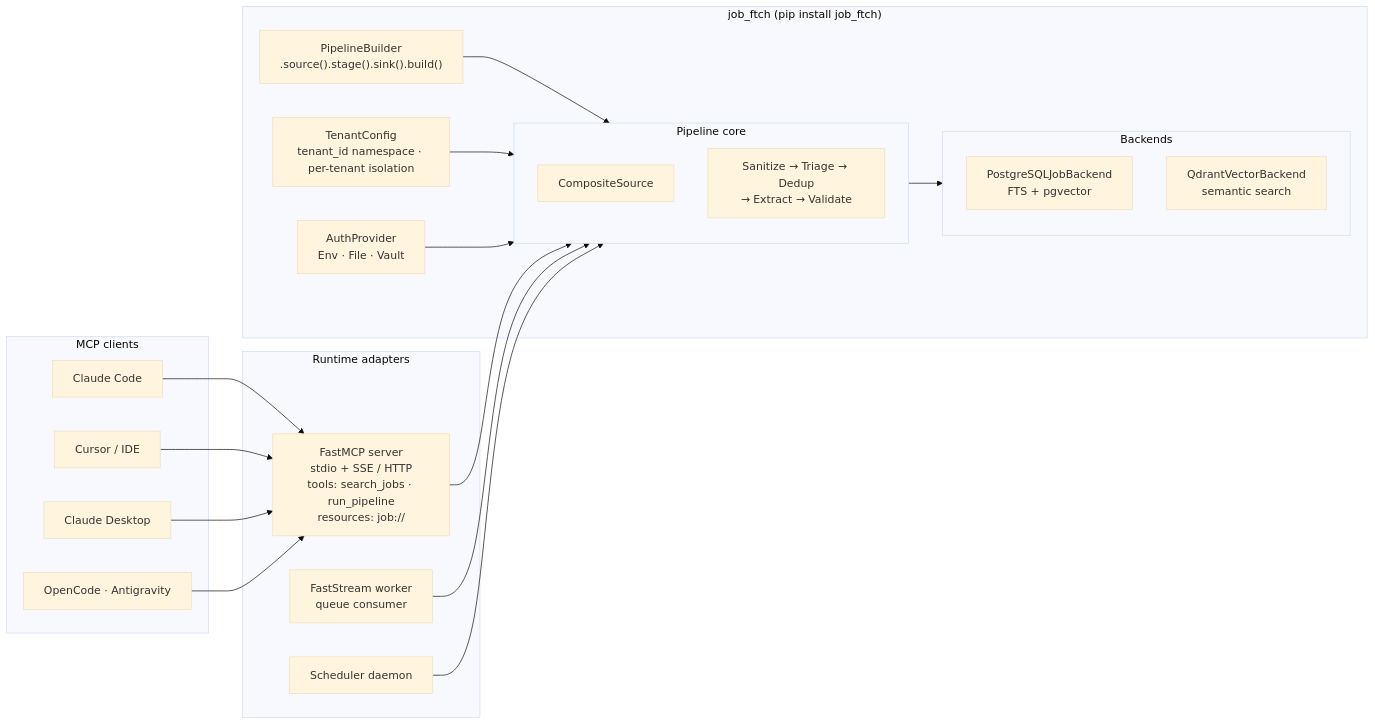
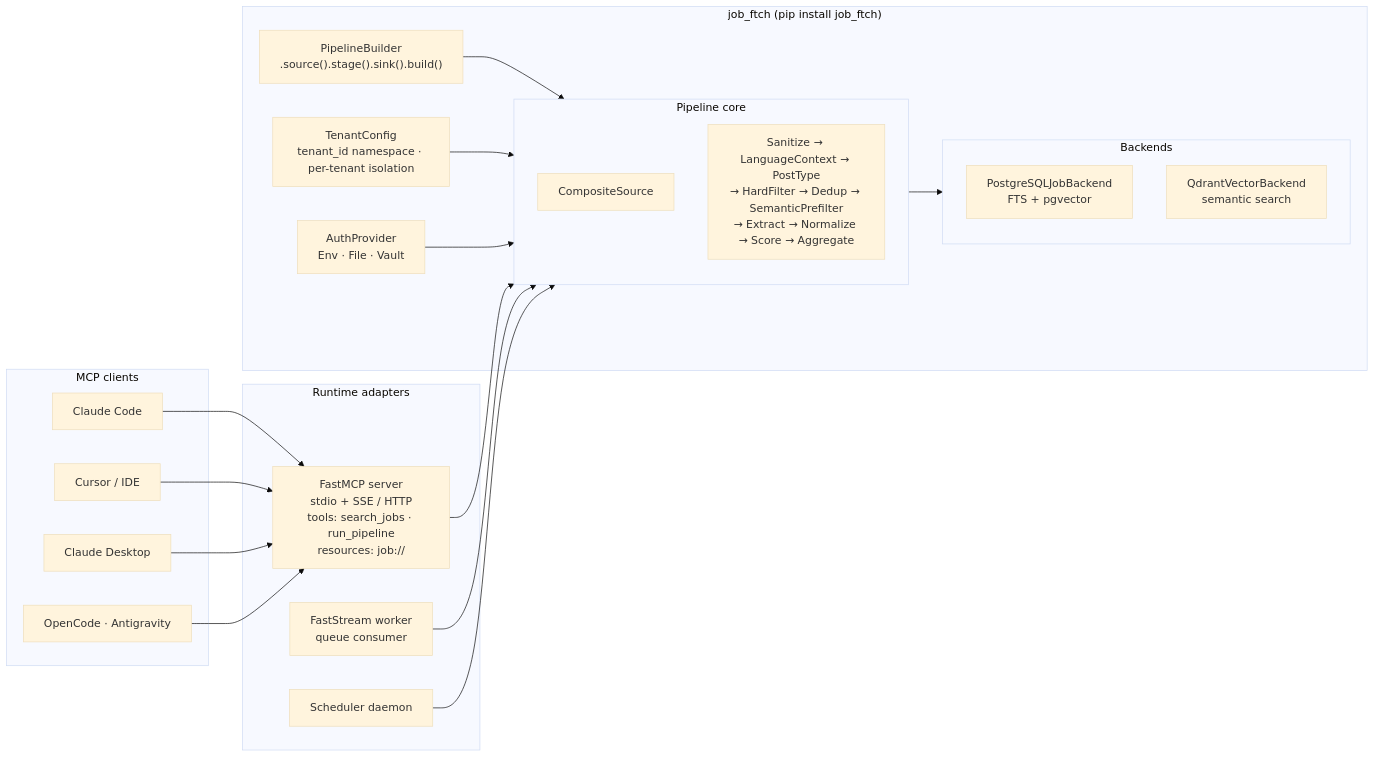
Before and after one commit to letya999/job_ftch: the fourth of 8 diagrams in README.md, drawn with Mermaid (base theme). The commit also changed other lines of this file and 135 other files, not shown here.

````diff
--- a/README.md
+++ b/README.md
@@ -137,32 +158,32 @@
 ```mermaid
 graph LR
     subgraph LIB["job_ftch  (pip install job_ftch)"]
         PB["PipelineBuilder\n.source().stage().sink().build()"]
         TC["TenantConfig\ntenant_id namespace · per-tenant isolation"]
         AUTH["AuthProvider\nEnv · File · Vault"]
         subgraph CORE["Pipeline core"]
             COMP["CompositeSource"]
-            PIPE["Sanitize → Triage → Dedup\n→ Extract → Validate"]
+        PIPE["Sanitize → LanguageContext → PostType\n→ HardFilter → Dedup → SemanticPrefilter\n→ Extract → Normalize → Score → Aggregate"]
         end
         subgraph BACKENDS["Backends"]
             PG["PostgreSQLJobBackend\nFTS + pgvector"]
             QD["QdrantVectorBackend\nsemantic search"]
         end
     end
     subgraph ADAPTERS["Runtime adapters"]
         MCP["FastMCP server\nstdio + SSE / HTTP\ntools: search_jobs · run_pipeline\nresources: job://"]
         FST["FastStream worker\nqueue consumer"]
         SCHED["Scheduler daemon"]
     end
     subgraph CLIENTS["MCP clients"]
         CC["Claude Code"]
         CUR["Cursor / IDE"]
         DT["Claude Desktop"]
         OC["OpenCode · Antigravity"]
     end
     PB --> CORE
     TC & AUTH --> CORE
     CORE --> BACKENDS
     MCP & FST & SCHED --> CORE
     CC & CUR & DT & OC --> MCP
 ```
````
